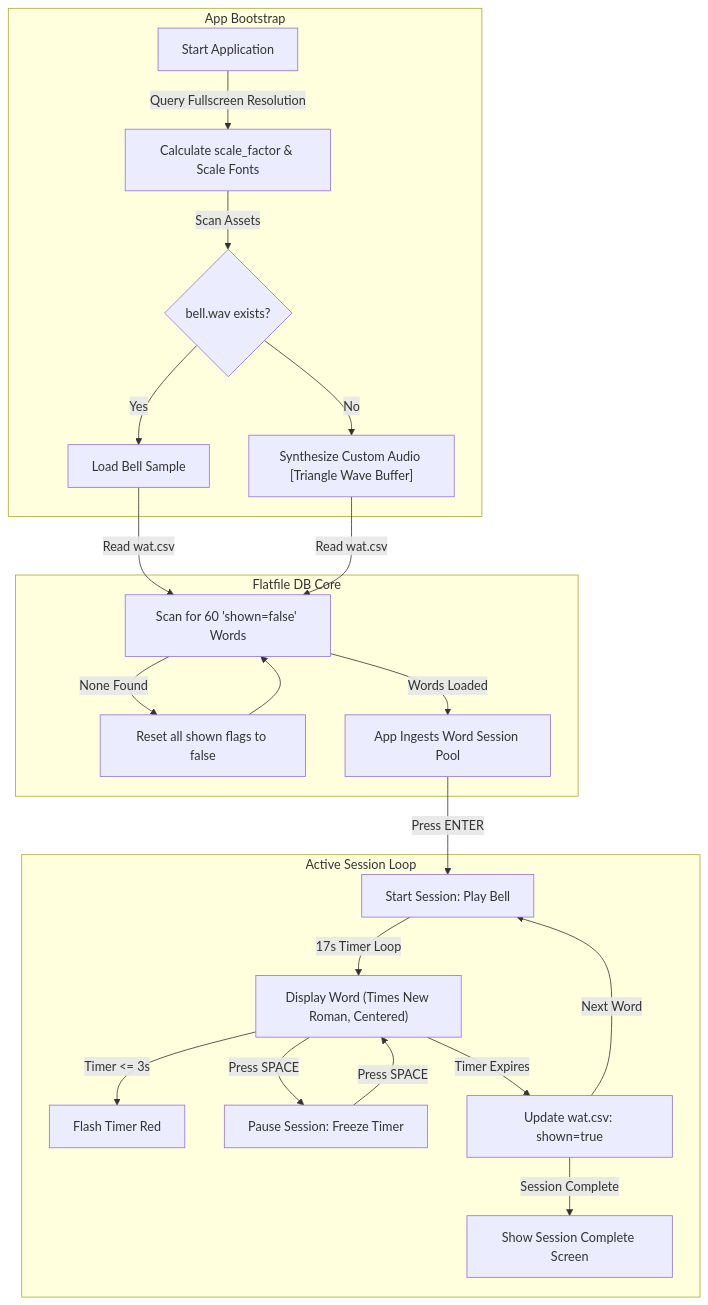
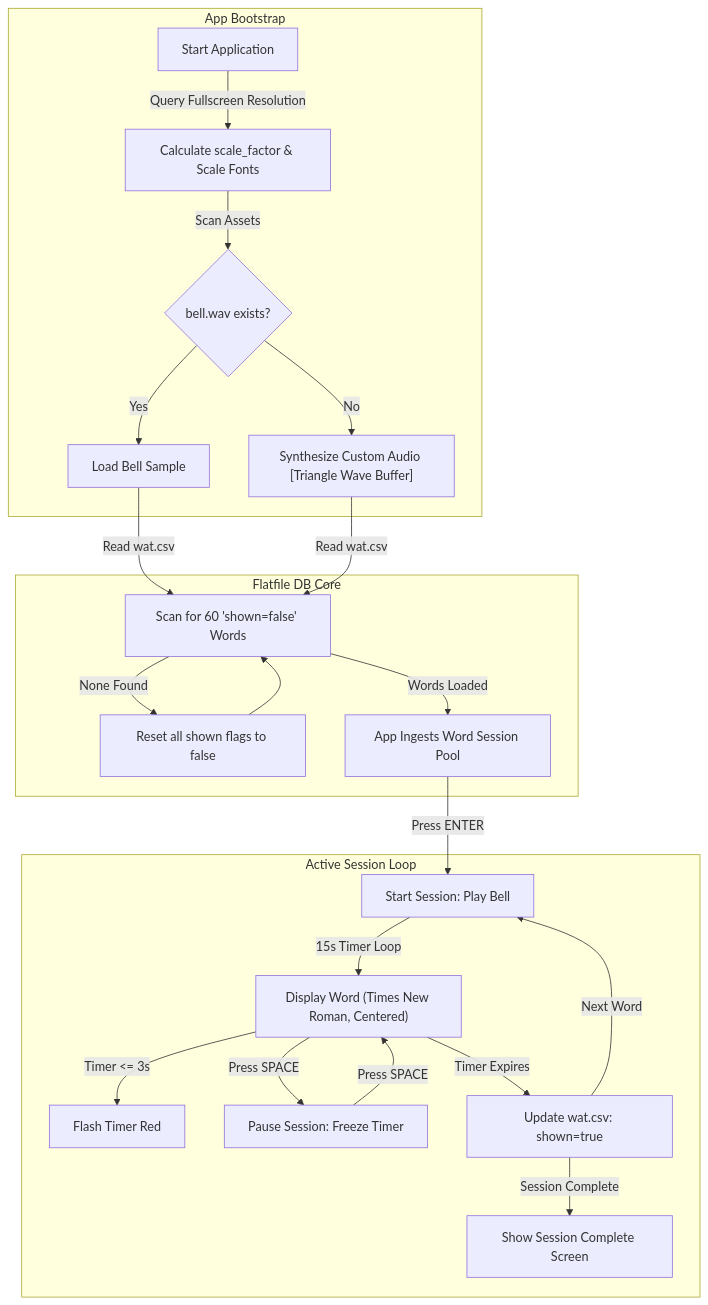
One commit to seeramsujay/Word-Association-Test-SSB- changed the diagram in README.md. Above: the diagram before and after it, drawn with Mermaid. The commit also changed other lines of this file and 2 other files, not shown here.

Commit message:
docs: bespoke vector logo, centered presentation, and future roadmap

````diff
--- a/README.md
+++ b/README.md
@@ -18,26 +31,26 @@
 ```mermaid
 flowchart TD
     subgraph Initialization [App Bootstrap]
         A["Start Application"] -->|Query Fullscreen Resolution| B["Calculate scale_factor & Scale Fonts"]
         B -->|Scan Assets| C{"bell.wav exists?"}
         C -->|Yes| D["Load Bell Sample"]
         C -->|No| E["Synthesize Custom Audio [Triangle Wave Buffer]"]
     end
     
     subgraph Database [Flatfile DB Core]
         D & E -->|Read wat.csv| F["Scan for 60 'shown=false' Words"]
         F -->|None Found| G["Reset all shown flags to false"] --> F
         F -->|Words Loaded| H["App Ingests Word Session Pool"]
     end
     
     subgraph Runtime [Active Session Loop]
         H -->|Press ENTER| I["Start Session: Play Bell"]
-        I -->|17s Timer Loop| J["Display Word (Times New Roman, Centered)"]
+        I -->|15s Timer Loop| J["Display Word (Times New Roman, Centered)"]
         J -->|Timer <= 3s| K["Flash Timer Red"]
         J -->|Press SPACE| L["Pause Session: Freeze Timer"]
         L -->|Press SPACE| J
         J -->|Timer Expires| M["Update wat.csv: shown=true"]
         M -->|Next Word| I
         M -->|Session Complete| N["Show Session Complete Screen"]
     end
 ```
````
